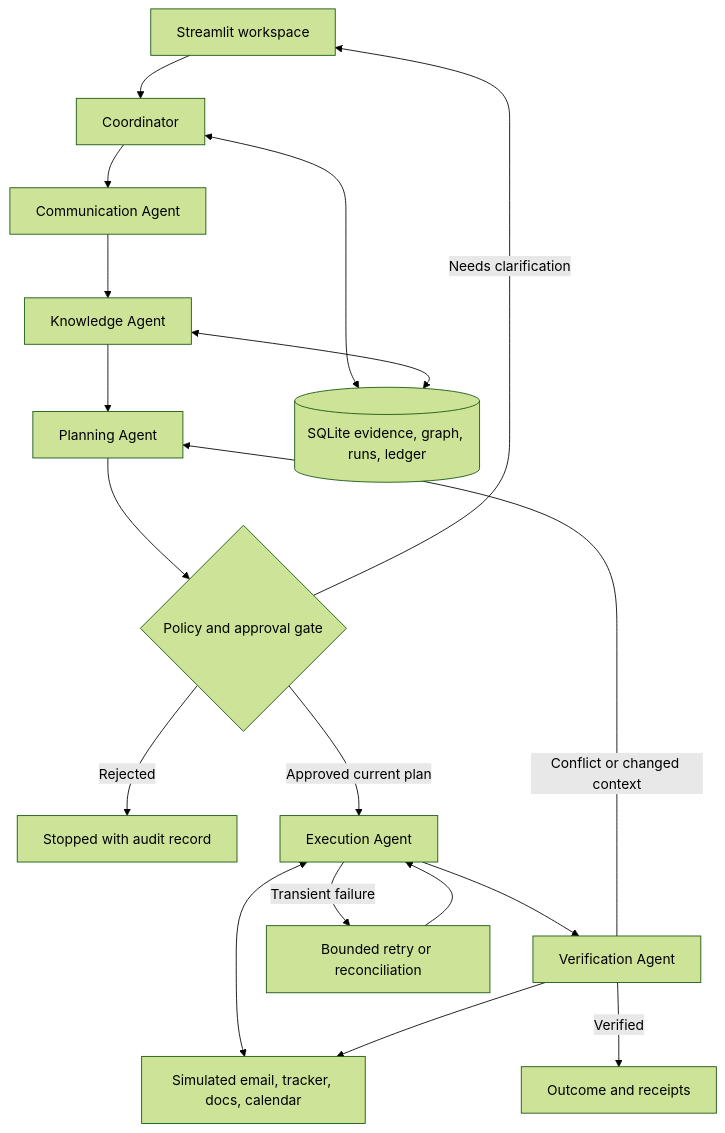
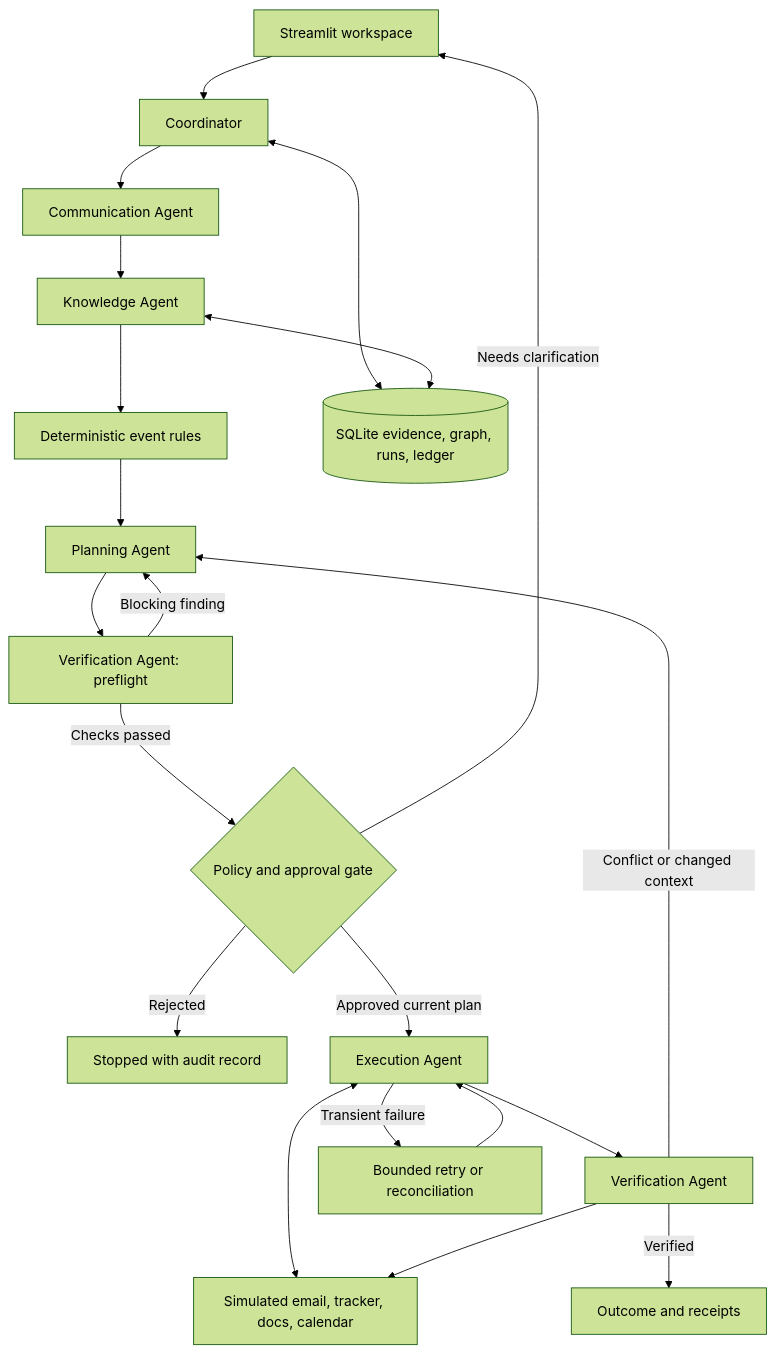
The diagram in temp/PROJECT_B_BLUEPRINT.md (Adarsh-Saurabh/HackInnovision26-MetaVision), drawn with Mermaid (forest theme) before and after one commit. The commit also changed other lines of this file and 1 other file, not shown here.

````diff
--- a/temp/PROJECT_B_BLUEPRINT.md
+++ b/temp/PROJECT_B_BLUEPRINT.md
@@ -177,20 +202,23 @@
 ```mermaid
 flowchart TD
     UI[Streamlit workspace] --> C[Coordinator]
     C --> COM[Communication Agent]
     COM --> K[Knowledge Agent]
-    K --> P[Planning Agent]
-    P --> G{Policy and approval gate}
+    K --> RULES[Deterministic event rules]
+    RULES --> P[Planning Agent]
+    P --> PRE[Verification Agent: preflight]
+    PRE -->|Blocking finding| P
+    PRE -->|Checks passed| G{Policy and approval gate}
     G -->|Needs clarification| UI
     G -->|Rejected| STOP[Stopped with audit record]
     G -->|Approved current plan| E[Execution Agent]
     E --> V[Verification Agent]
     V -->|Verified| DONE[Outcome and receipts]
     V -->|Conflict or changed context| P
     E -->|Transient failure| R[Bounded retry or reconciliation]
     R --> E
     C <--> DB[(SQLite evidence, graph, runs, ledger)]
     K <--> DB
     E <--> T[Simulated email, tracker, docs, calendar]
     V --> T
 ```
````
